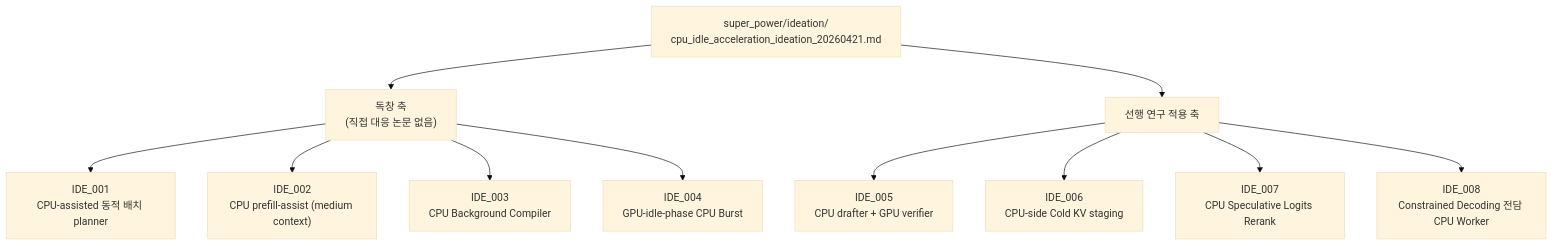
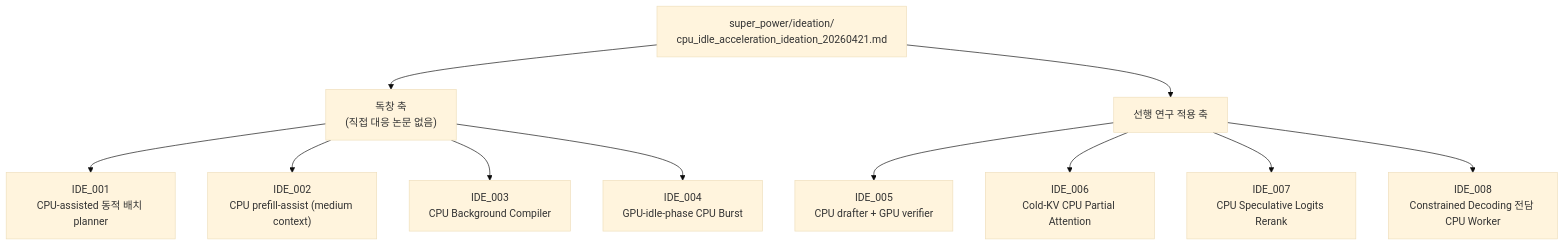
Before and after one commit to mystous/vllm_hybrid: the diagram in shadow_assists/README.md, drawn with Mermaid (base theme). The commit also changed other lines of this file, not shown here.

First line of the commit message:
docs(IDE_006): redefine to Cold-KV CPU Partial Attention

````diff
--- a/shadow_assists/README.md
+++ b/shadow_assists/README.md
@@ -131,17 +136,17 @@
 ```mermaid
 flowchart TB
     ROOT["super_power/ideation/<br/>cpu_idle_acceleration_ideation_20260421.md"]
 
     ROOT --> AXIS_A["독창 축<br/>(직접 대응 논문 없음)"]
     ROOT --> AXIS_B["선행 연구 적용 축"]
 
     AXIS_A --> IDE_001["IDE_001<br/>CPU-assisted 동적 배치 planner"]
     AXIS_A --> IDE_002["IDE_002<br/>CPU prefill-assist (medium context)"]
     AXIS_A --> IDE_003["IDE_003<br/>CPU Background Compiler"]
     AXIS_A --> IDE_004["IDE_004<br/>GPU-idle-phase CPU Burst"]
 
     AXIS_B --> IDE_005["IDE_005<br/>CPU drafter + GPU verifier"]
-    AXIS_B --> IDE_006["IDE_006<br/>CPU-side Cold KV staging"]
+    AXIS_B --> IDE_006["IDE_006<br/>Cold-KV CPU Partial Attention"]
     AXIS_B --> IDE_007["IDE_007<br/>CPU Speculative Logits Rerank"]
     AXIS_B --> IDE_008["IDE_008<br/>Constrained Decoding 전담 CPU Worker"]
 ```
````
